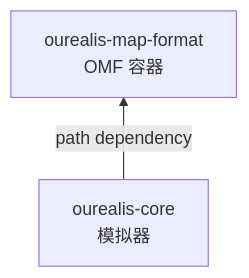
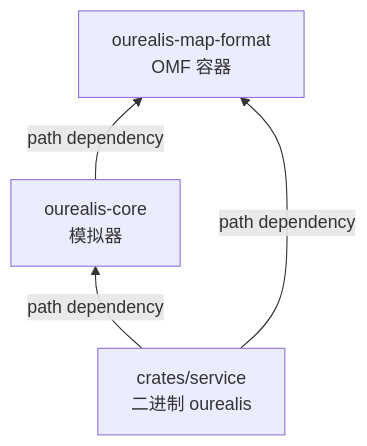
The first of 3 diagrams in docs/zh-cn/architecture.md (zrurf/ourealis), drawn with Mermaid before and after one commit. The commit also changed other lines of this file and 148 other files, not shown here.

````diff
--- a/docs/zh-cn/architecture.md
+++ b/docs/zh-cn/architecture.md
@@ -5,4 +5,6 @@
 ```mermaid
 flowchart BT
     CORE["ourealis-core<br/>模拟器"] -->|path dependency| FMT["ourealis-map-format<br/>OMF 容器"]
+    SVC["crates/service<br/>二进制 ourealis"] -->|path dependency| CORE
+    SVC -->|path dependency| FMT
 ```
````
